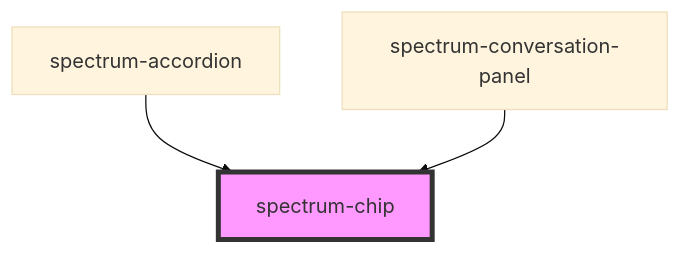
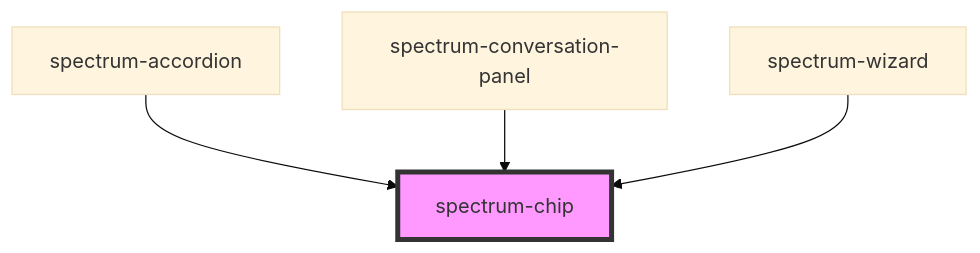
Before and after one commit to emamirelar/spectrum: the diagram in packages/core/src/components/spectrum-chip/readme.md, drawn with Mermaid (base theme). The commit also changed other lines of this file and 45 other files, not shown here.

Commit message:
Implement spectrum-switch and spectrum-wizard components, enhancing the design system with toggle functionality and guided experiences. Added comprehensive accessibility features, event handling, and documentation updates. Incremented version to 0.0.1-alpha.37.

````diff
--- a/packages/core/src/components/spectrum-chip/readme.md
+++ b/packages/core/src/components/spectrum-chip/readme.md
@@ -49,6 +50,7 @@
 ```mermaid
 graph TD;
   spectrum-accordion --> spectrum-chip
   spectrum-conversation-panel --> spectrum-chip
+  spectrum-wizard --> spectrum-chip
   style spectrum-chip fill:#f9f,stroke:#333,stroke-width:4px
 ```
````
